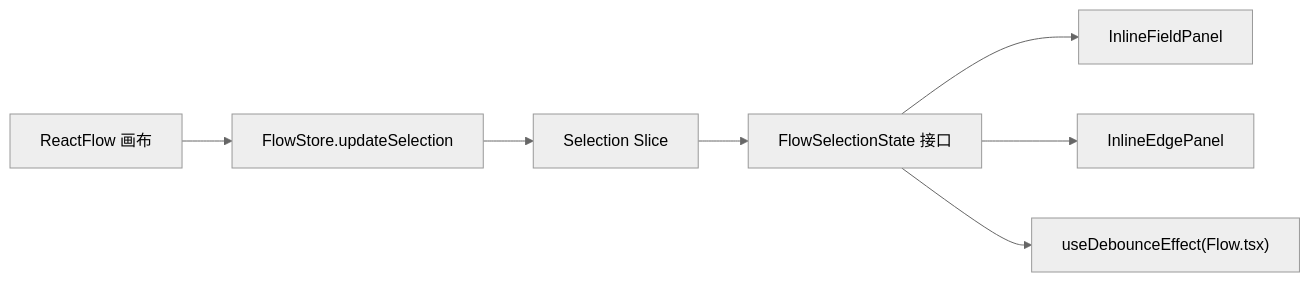
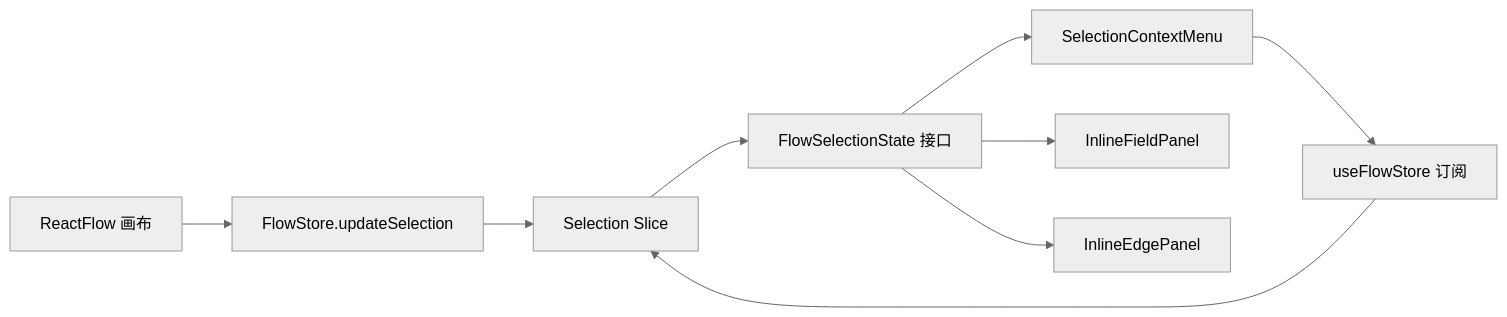
Before and after one commit to kqcoxn/MaaPipelineEditor: the fourth of 4 diagrams in .qoder/repowiki/zh/content/核心概念/数据模型/状态管理类型/选择状态切片.md, drawn with Mermaid (neutral theme). The commit also changed other lines of this file and 22 other files, not shown here.

````diff
--- a/.qoder/repowiki/zh/content/核心概念/数据模型/状态管理类型/选择状态切片.md
+++ b/.qoder/repowiki/zh/content/核心概念/数据模型/状态管理类型/选择状态切片.md
@@ -254,9 +273,11 @@
 ```mermaid
 graph LR
 RF["ReactFlow 画布"] --> FS["FlowStore.updateSelection"]
 FS --> SS["Selection Slice"]
 SS --> TS["FlowSelectionState 接口"]
+TS --> SC["SelectionContextMenu"]
 TS --> IF["InlineFieldPanel"]
 TS --> IE["InlineEdgePanel"]
-TS --> US["useDebounceEffect(Flow.tsx)"]
+SC --> US["useFlowStore 订阅"]
+US --> SS
 ```
````
